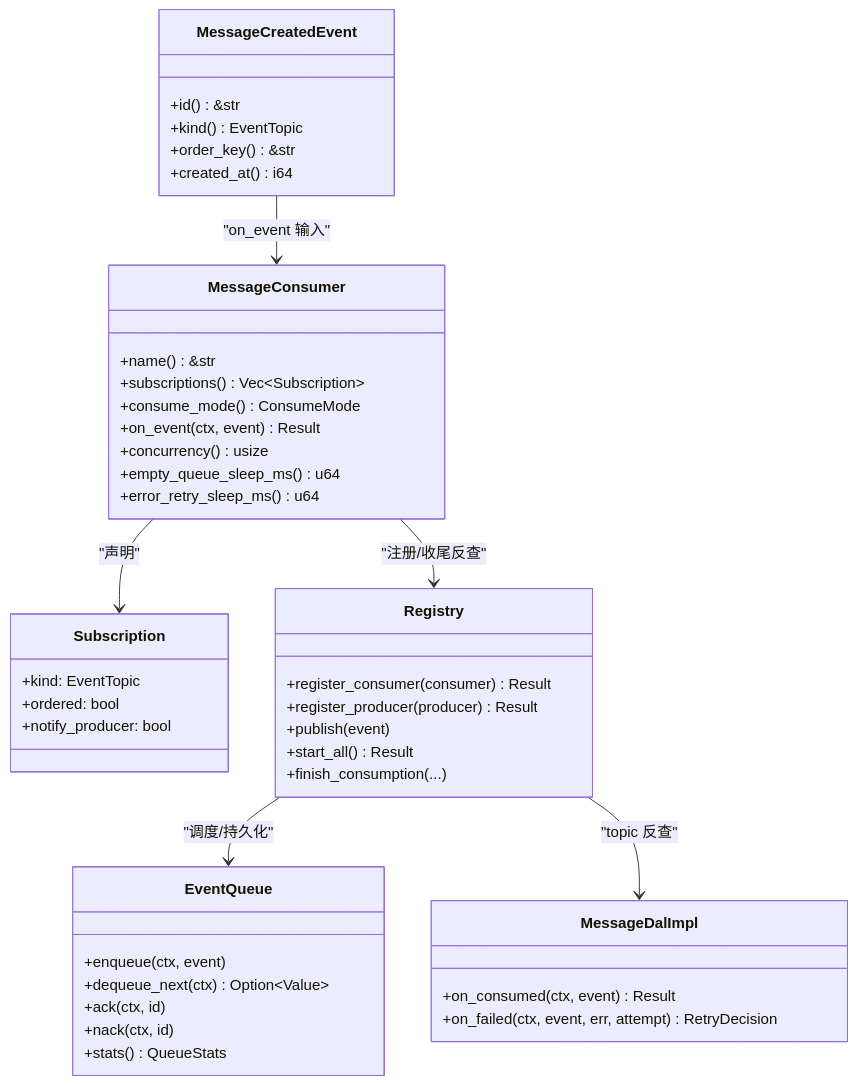
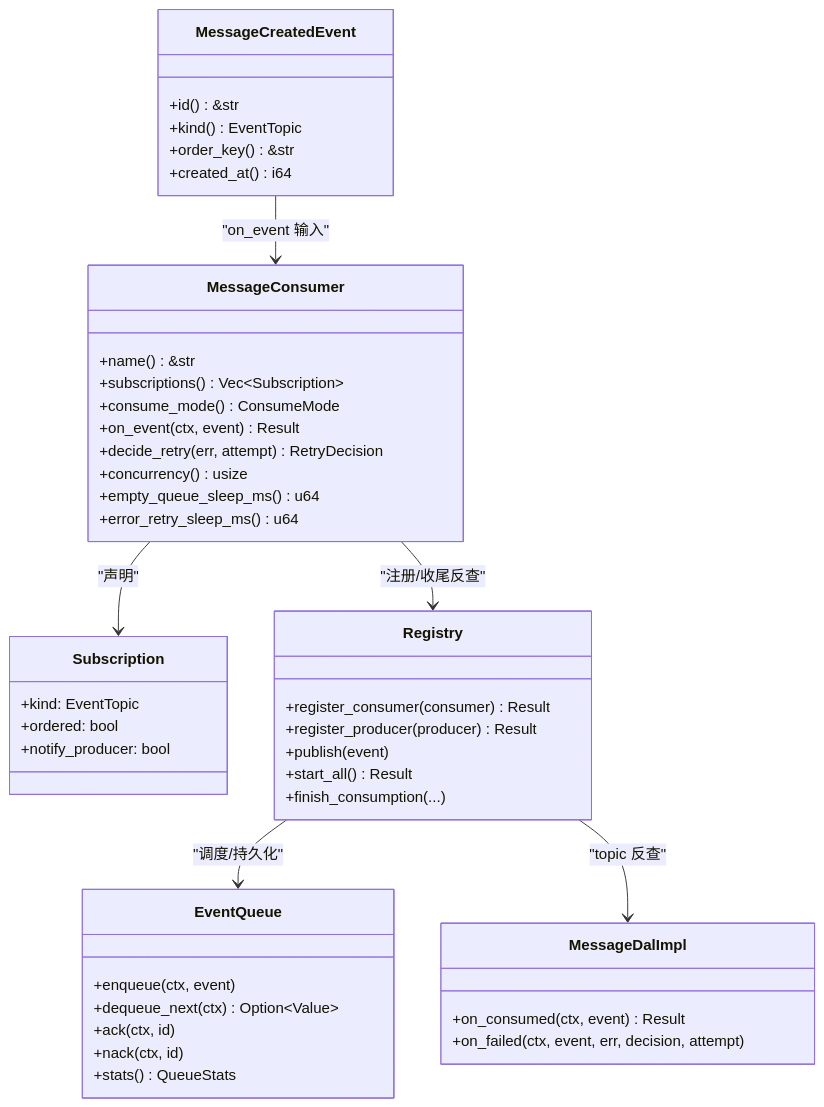
One commit to runningcoders/ai_orz changed the fourth of 4 diagrams in docs/wiki/zh/content/基础设施/AOP 事件系统/事件消费者/消息消费者.md. Above: the diagram before and after it, drawn with Mermaid. The commit also changed 28 other files, not shown here.

````diff
--- a/docs/wiki/zh/content/基础设施/AOP 事件系统/事件消费者/消息消费者.md
+++ b/docs/wiki/zh/content/基础设施/AOP 事件系统/事件消费者/消息消费者.md
@@ -247,48 +247,49 @@
 ```mermaid
 classDiagram
 class MessageConsumer {
 +name() &str
 +subscriptions() Vec~Subscription~
 +consume_mode() ConsumeMode
 +on_event(ctx, event) Result
++decide_retry(err, attempt) RetryDecision
 +concurrency() usize
 +empty_queue_sleep_ms() u64
 +error_retry_sleep_ms() u64
 }
 class Subscription {
 +kind: EventTopic
 +ordered: bool
 +notify_producer: bool
 }
 class Registry {
 +register_consumer(consumer) Result
 +register_producer(producer) Result
 +publish(event)
 +start_all() Result
 +finish_consumption(...)
 }
 class EventQueue {
 <interface>
 +enqueue(ctx, event)
 +dequeue_next(ctx) Option~Value~
 +ack(ctx, id)
 +nack(ctx, id)
 +stats() QueueStats
 }
 class MessageCreatedEvent {
 +id() &str
 +kind() EventTopic
 +order_key() &str
 +created_at() i64
 }
 class MessageDalImpl {
 <interface Producer>
 +on_consumed(ctx, event) Result
-+on_failed(ctx, event, err, attempt) RetryDecision
++on_failed(ctx, event, err, decision, attempt)
 }
 MessageConsumer --> Registry : "注册/收尾反查"
 MessageConsumer --> Subscription : "声明"
 Registry --> EventQueue : "调度/持久化"
 MessageCreatedEvent --> MessageConsumer : "on_event 输入"
 Registry --> MessageDalImpl : "topic 反查"
 ```
````
